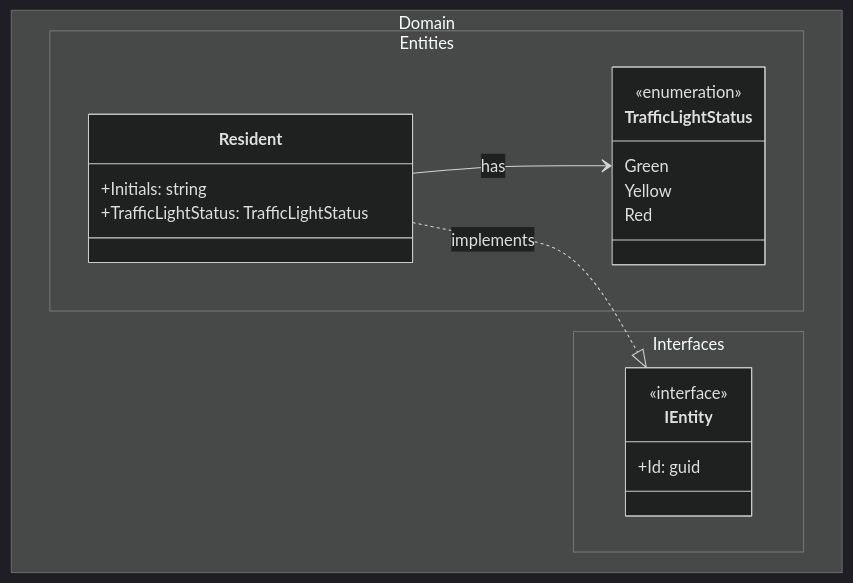
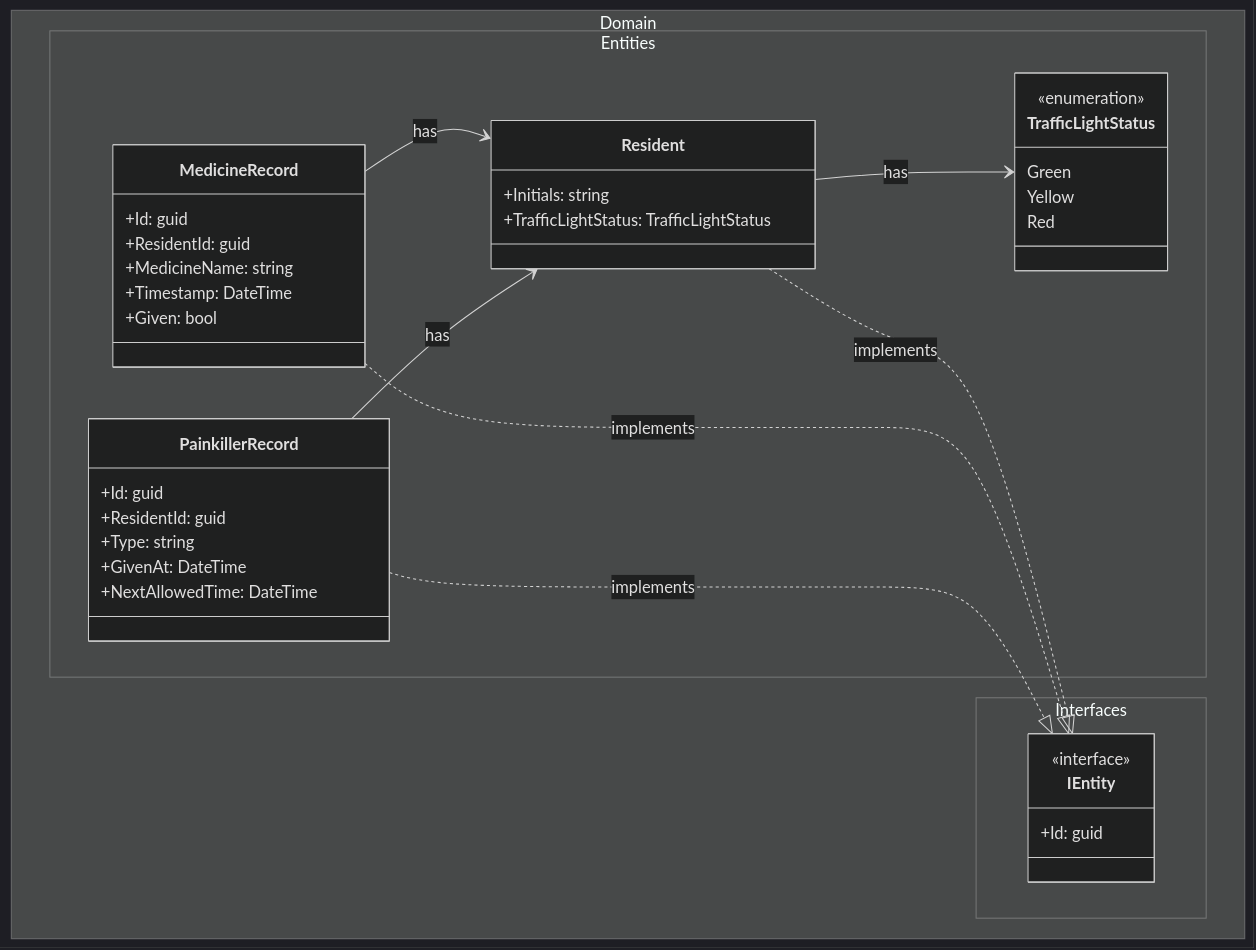
Before and after one commit to DMOoF25-Team6/Slottets-Drifttavlen: the first of 3 diagrams in docs/use-cases/uc-003-medicine_status/uc-003.dcd.md, drawn with Mermaid (dark theme). The commit also changed other lines of this file and 63 other files, not shown here.

````diff
--- a/docs/use-cases/uc-003-medicine_status/uc-003.dcd.md
+++ b/docs/use-cases/uc-003-medicine_status/uc-003.dcd.md
@@ -19,25 +19,43 @@
 ```mermaid
 %% Domain Layer for UC-003
 classDiagram
   direction TB
   namespace Domain.Entities {
     class Resident {
       +Initials: string
       +TrafficLightStatus: TrafficLightStatus
     }
     class TrafficLightStatus {
       <<enumeration>>
       Green
       Yellow
       Red
     }
+    class MedicineRecord {
+      +Id: guid
+      +ResidentId: guid
+      +MedicineName: string
+      +Timestamp: DateTime
+      +Given: bool
+    }
+    class PainkillerRecord {
+      +Id: guid
+      +ResidentId: guid
+      +Type: string
+      +GivenAt: DateTime
+      +NextAllowedTime: DateTime
+    }
   }
   namespace Domain.Interfaces {
     class IEntity {
       <<interface>>
       +Id: guid
     }
   }
   Resident ..|> IEntity : implements
   Resident --> TrafficLightStatus : has
+  MedicineRecord ..|> IEntity : implements
+  MedicineRecord --> Resident : has
+  PainkillerRecord ..|> IEntity : implements
+  PainkillerRecord --> Resident : has
 ```
````
